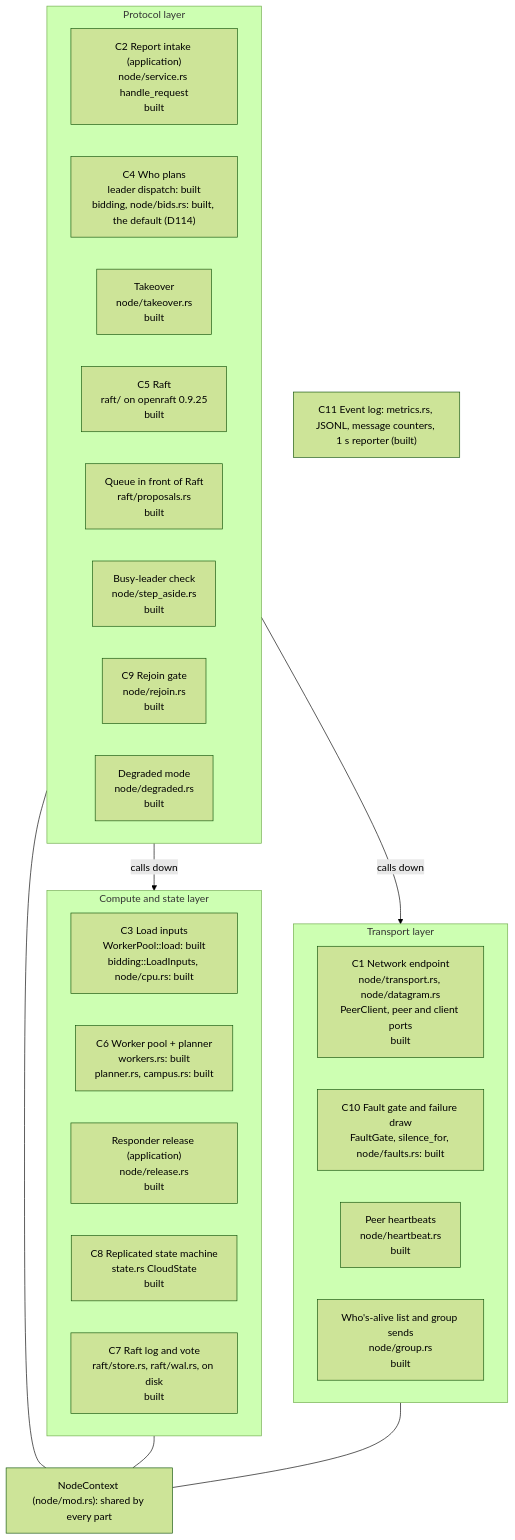
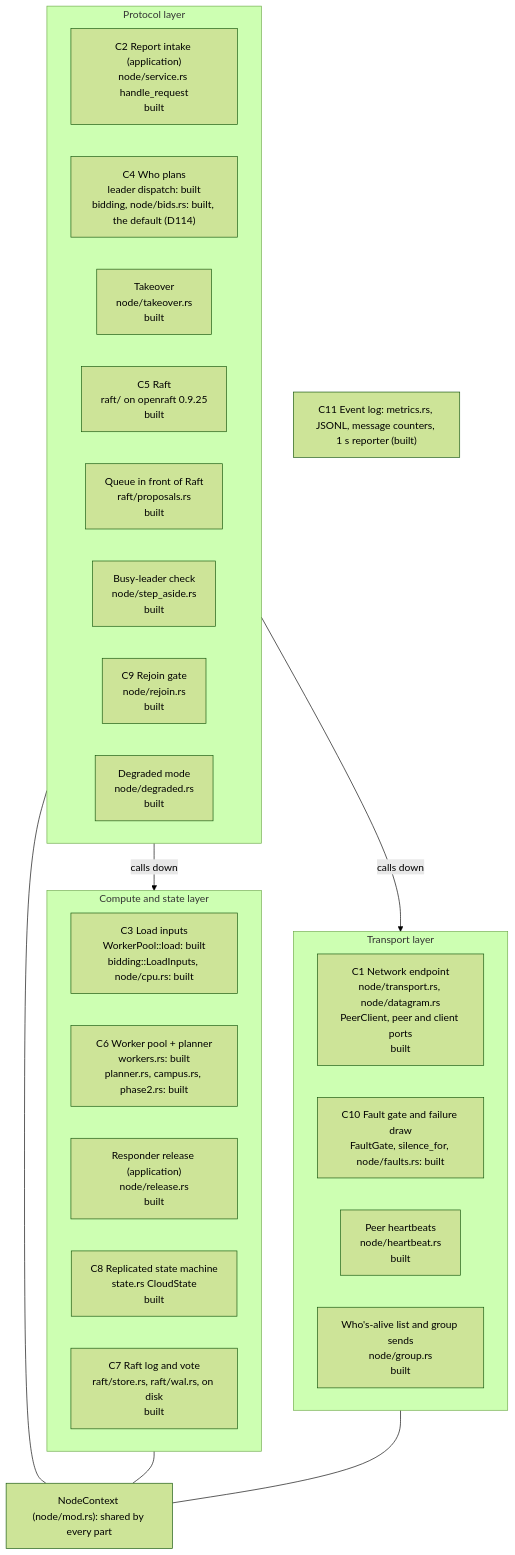
The fifth of 60 diagrams in docs/architecture.md (noortaytoy1/DistributedSystems), drawn with Mermaid (forest theme) before and after one commit. The commit also changed other lines of this file and 18 other files, not shown here.

````diff
--- a/docs/architecture.md
+++ b/docs/architecture.md
@@ -306,36 +306,36 @@
 ```mermaid
 flowchart TB
     subgraph PR["Protocol layer"]
         direction LR
         C2["C2 Report intake (application)<br/>node/service.rs handle_request<br/>built"]
         C4["C4 Who plans<br/>leader dispatch: built<br/>bidding, node/bids.rs: built, the default (D114)"]
         TK["Takeover<br/>node/takeover.rs<br/>built"]
         C5["C5 Raft<br/>raft/ on openraft 0.9.25<br/>built"]
         PQ["Queue in front of Raft<br/>raft/proposals.rs<br/>built"]
         STEP["Busy-leader check<br/>node/step_aside.rs<br/>built"]
         C9["C9 Rejoin gate<br/>node/rejoin.rs<br/>built"]
         DG["Degraded mode<br/>node/degraded.rs<br/>built"]
     end
     subgraph CS["Compute and state layer"]
         direction LR
         C3["C3 Load inputs<br/>WorkerPool::load: built<br/>bidding::LoadInputs, node/cpu.rs: built"]
-        C6["C6 Worker pool + planner<br/>workers.rs: built<br/>planner.rs, campus.rs: built"]
+        C6["C6 Worker pool + planner<br/>workers.rs: built<br/>planner.rs, campus.rs, phase2.rs: built"]
         RL["Responder release (application)<br/>node/release.rs<br/>built"]
         C8["C8 Replicated state machine<br/>state.rs CloudState<br/>built"]
         C7["C7 Raft log and vote<br/>raft/store.rs, raft/wal.rs, on disk<br/>built"]
     end
     subgraph TR["Transport layer"]
         direction LR
         C1["C1 Network endpoint<br/>node/transport.rs, node/datagram.rs<br/>PeerClient, peer and client ports<br/>built"]
         C10["C10 Fault gate and failure draw<br/>FaultGate, silence_for, node/faults.rs: built"]
         HB["Peer heartbeats<br/>node/heartbeat.rs<br/>built"]
         GRP["Who's-alive list and group sends<br/>node/group.rs<br/>built"]
     end
     C11["C11 Event log: metrics.rs, JSONL, message counters, 1 s reporter (built)"]
     CTX["NodeContext (node/mod.rs): shared by every part"]
     PR -->|"calls down"| CS
     PR -->|"calls down"| TR
     PR --- CTX
     CS --- CTX
     TR --- CTX
 ```
````
